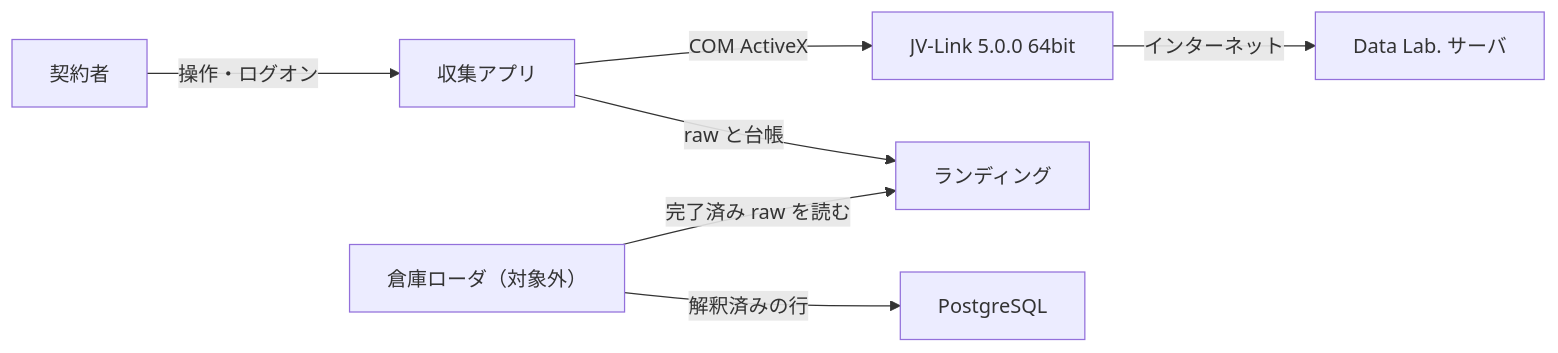
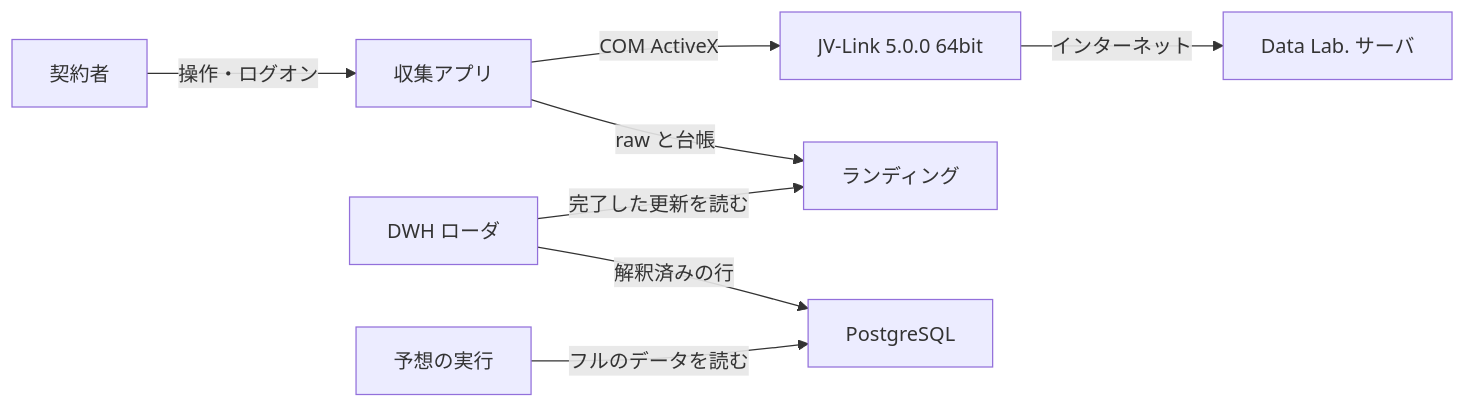
The first of 2 diagrams in docs/architecture.md (betashort/keiba-dwh), drawn with Mermaid before and after one commit. The commit also changed other lines of this file and 8 other files, not shown here.

````diff
--- a/docs/architecture.md
+++ b/docs/architecture.md
@@ -34,17 +23,19 @@
 ```mermaid
 flowchart LR
   user["契約者"]
   app["収集アプリ"]
   jvlink["JV-Link 5.0.0 64bit"]
   server["Data Lab. サーバ"]
   disk["ランディング"]
-  loader["倉庫ローダ（対象外）"]
+  loader["DWH ローダ"]
   pg["PostgreSQL"]
+  run["予想の実行"]
 
   user -->|"操作・ログオン"| app
   app -->|"COM ActiveX"| jvlink
   jvlink -->|"インターネット"| server
   app -->|"raw と台帳"| disk
-  loader -->|"完了済み raw を読む"| disk
+  loader -->|"完了した更新を読む"| disk
   loader -->|"解釈済みの行"| pg
+  run -->|"フルのデータを読む"| pg
 ```
````
